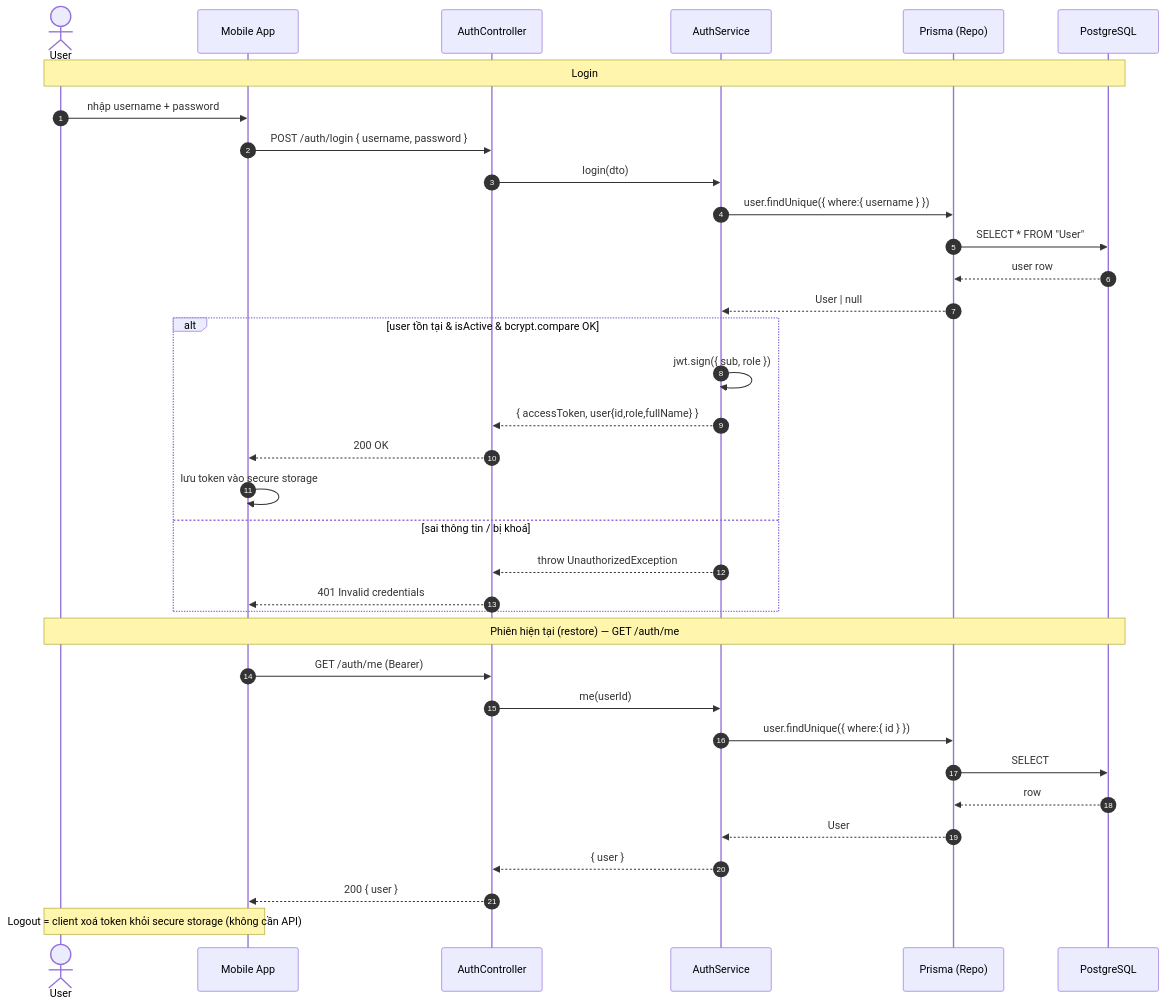
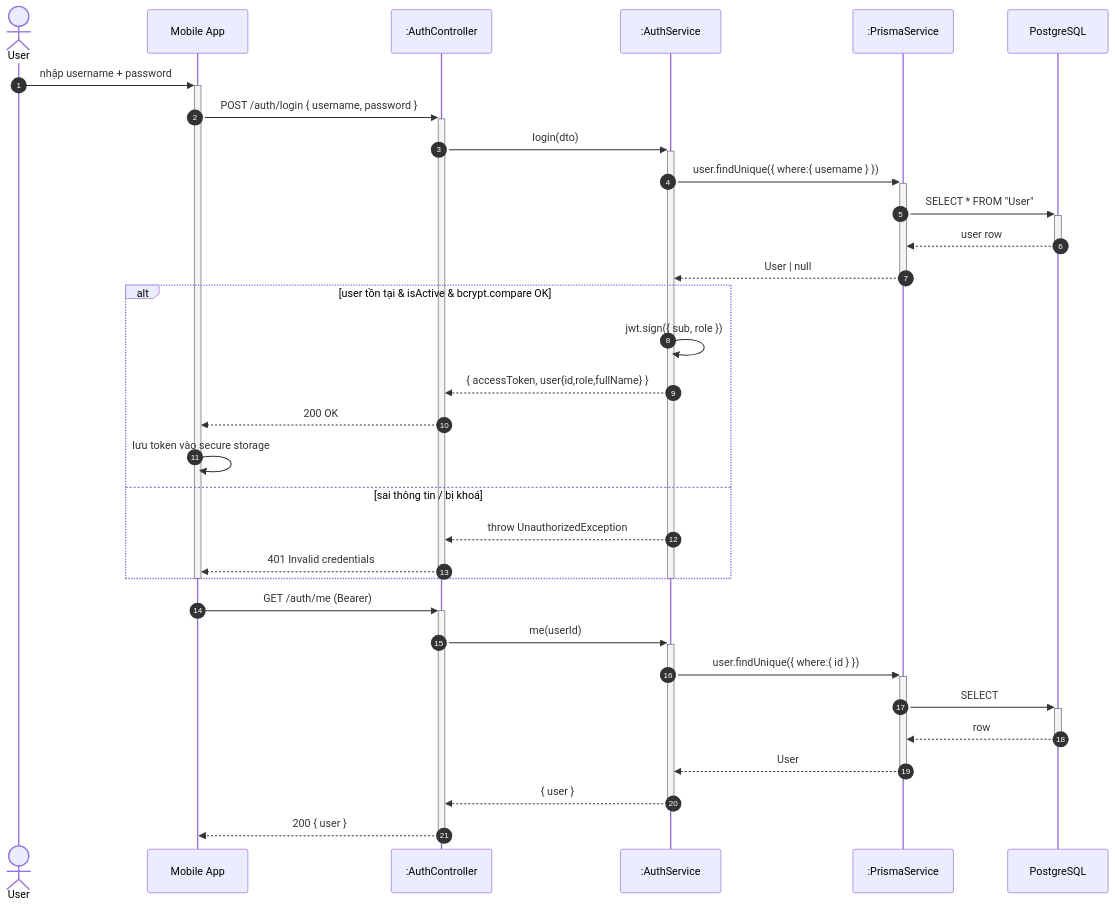
One commit to callmehai/Cafe-Shop-Management-System changed the first of 16 diagrams in docs/sequence-diagrams.md. Above: the diagram before and after it, drawn with Mermaid. The commit also changed other lines of this file and 1 other file, not shown here.

Commit message:
docs: add sequence and class diagrams for system architecture and use case implementation

````diff
--- a/docs/sequence-diagrams.md
+++ b/docs/sequence-diagrams.md
@@ -49,40 +54,39 @@
 ```mermaid
 sequenceDiagram
     autonumber
     actor U as User
     participant App as Mobile App
-    participant API as AuthController
-    participant SVC as AuthService
-    participant ORM as Prisma (Repo)
+    participant API as :AuthController
+    participant SVC as :AuthService
+    participant ORM as :PrismaService
     participant DB as PostgreSQL
 
-    Note over U,DB: Login
-    U->>App: nhập username + password
-    App->>API: POST /auth/login { username, password }
-    API->>SVC: login(dto)
-    SVC->>ORM: user.findUnique({ where:{ username } })
-    ORM->>DB: SELECT * FROM "User"
-    DB-->>ORM: user row
-    ORM-->>SVC: User | null
+    U->>+App: nhập username + password
+    App->>+API: POST /auth/login { username, password }
+    API->>+SVC: login(dto)
+    SVC->>+ORM: user.findUnique({ where:{ username } })
+    ORM->>+DB: SELECT * FROM "User"
+    DB-->>-ORM: user row
+    ORM-->>-SVC: User | null
     alt user tồn tại & isActive & bcrypt.compare OK
         SVC->>SVC: jwt.sign({ sub, role })
         SVC-->>API: { accessToken, user{id,role,fullName} }
         API-->>App: 200 OK
         App->>App: lưu token vào secure storage
     else sai thông tin / bị khoá
         SVC-->>API: throw UnauthorizedException
         API-->>App: 401 Invalid credentials
     end
+    deactivate SVC
+    deactivate API
+    deactivate App
 
-    Note over U,DB: Phiên hiện tại (restore) — GET /auth/me
-    App->>API: GET /auth/me (Bearer)
-    API->>SVC: me(userId)
-    SVC->>ORM: user.findUnique({ where:{ id } })
-    ORM->>DB: SELECT
-    DB-->>ORM: row
-    ORM-->>SVC: User
-    SVC-->>API: { user }
-    API-->>App: 200 { user }
-
-    Note over U,App: Logout = client xoá token khỏi secure storage (không cần API)
+    App->>+API: GET /auth/me (Bearer)
+    API->>+SVC: me(userId)
+    SVC->>+ORM: user.findUnique({ where:{ id } })
+    ORM->>+DB: SELECT
+    DB-->>-ORM: row
+    ORM-->>-SVC: User
+    SVC-->>-API: { user }
+    API-->>-App: 200 { user }
 ```
````
